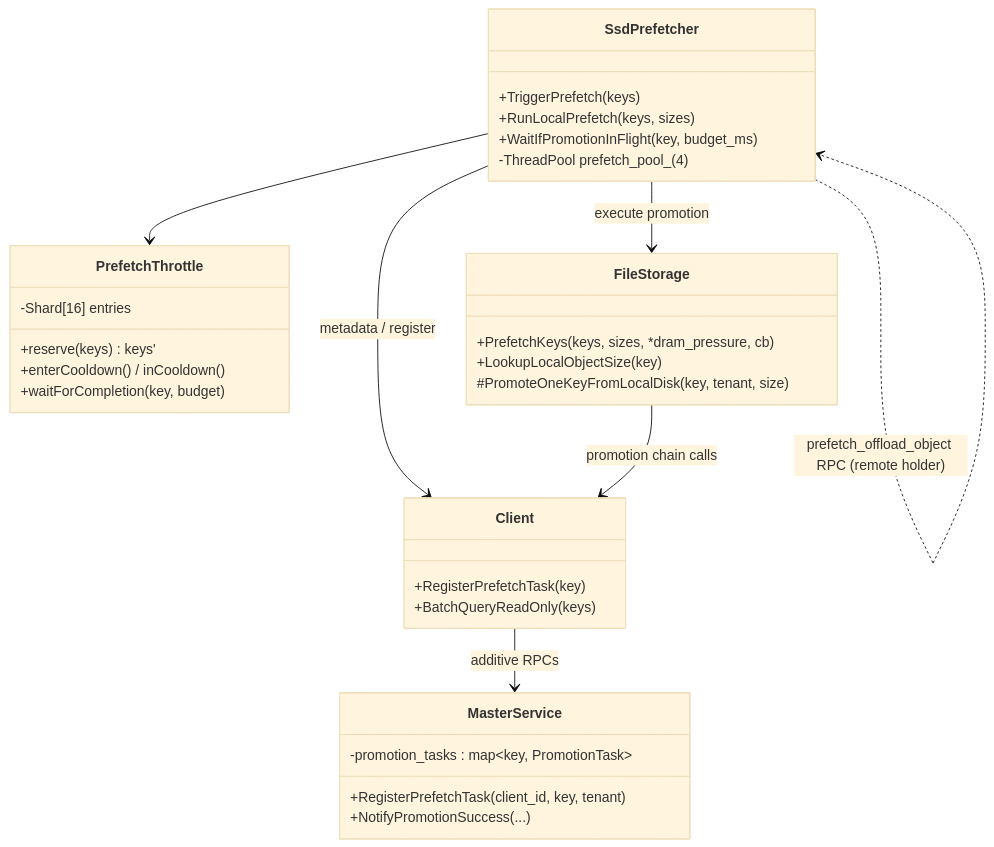
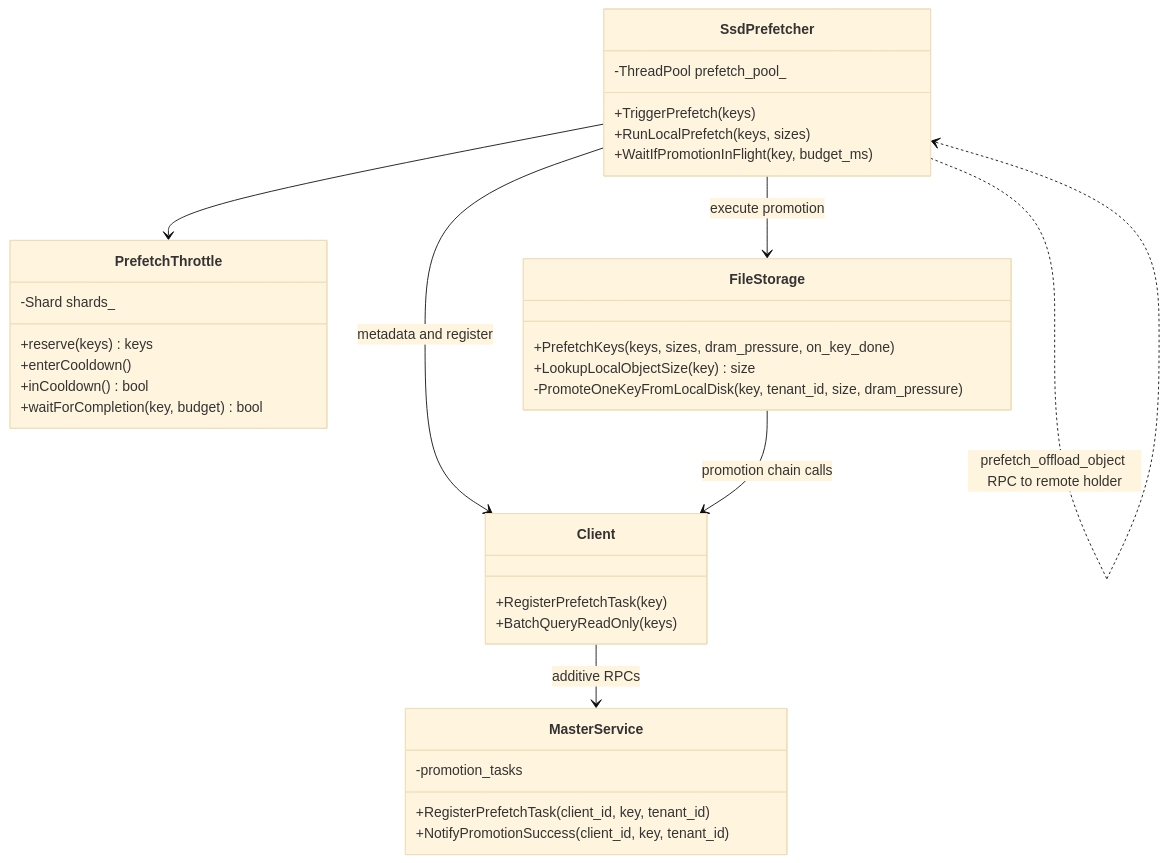
The first of 5 diagrams in docs/source/design/ssd-prefetch.md (kvcache-ai/Mooncake), drawn with Mermaid (base theme) before and after one commit. The commit also changed other lines of this file, not shown here.

First line of the commit message:
[Docs][Store] Fix mermaid syntax in SSD prefetch design diagrams

````diff
--- a/docs/source/design/ssd-prefetch.md
+++ b/docs/source/design/ssd-prefetch.md
@@ -126,35 +126,36 @@
 ```mermaid
 classDiagram
     class SsdPrefetcher {
         +TriggerPrefetch(keys)
         +RunLocalPrefetch(keys, sizes)
         +WaitIfPromotionInFlight(key, budget_ms)
-        -ThreadPool prefetch_pool_ (4)
+        -ThreadPool prefetch_pool_
     }
     class PrefetchThrottle {
-        +reserve(keys) keys'
-        +enterCooldown() / inCooldown()
-        +waitForCompletion(key, budget)
-        -Shard[16] entries
+        +reserve(keys) keys
+        +enterCooldown()
+        +inCooldown() bool
+        +waitForCompletion(key, budget) bool
+        -Shard shards_
     }
     class FileStorage {
-        +PrefetchKeys(keys, sizes, *dram_pressure, cb)
-        +LookupLocalObjectSize(key)
-        #PromoteOneKeyFromLocalDisk(key, tenant, size)
+        +PrefetchKeys(keys, sizes, dram_pressure, on_key_done)
+        +LookupLocalObjectSize(key) size
+        -PromoteOneKeyFromLocalDisk(key, tenant_id, size, dram_pressure)
     }
     class MasterService {
-        +RegisterPrefetchTask(client_id, key, tenant)
-        +NotifyPromotionSuccess(...)
-        -promotion_tasks : map~key, PromotionTask~
+        +RegisterPrefetchTask(client_id, key, tenant_id)
+        +NotifyPromotionSuccess(client_id, key, tenant_id)
+        -promotion_tasks
     }
     class Client {
         +RegisterPrefetchTask(key)
         +BatchQueryReadOnly(keys)
     }
     SsdPrefetcher --> PrefetchThrottle
-    SsdPrefetcher --> Client : metadata / register
+    SsdPrefetcher --> Client : metadata and register
     SsdPrefetcher --> FileStorage : execute promotion
-    SsdPrefetcher ..> SsdPrefetcher : prefetch_offload_object RPC (remote holder)
+    SsdPrefetcher ..> SsdPrefetcher : prefetch_offload_object RPC to remote holder
     Client --> MasterService : additive RPCs
     FileStorage --> Client : promotion chain calls
 ```
````
